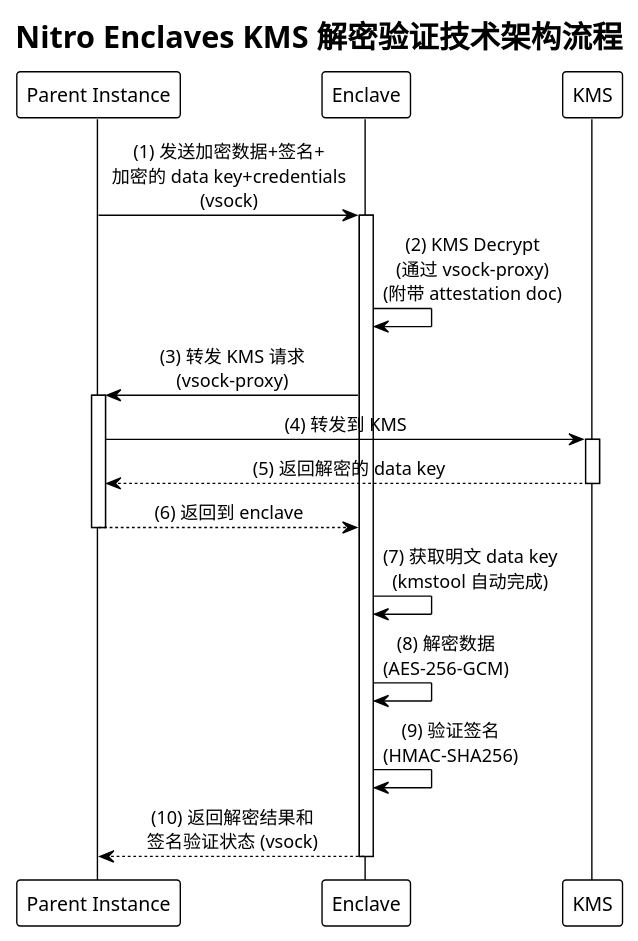
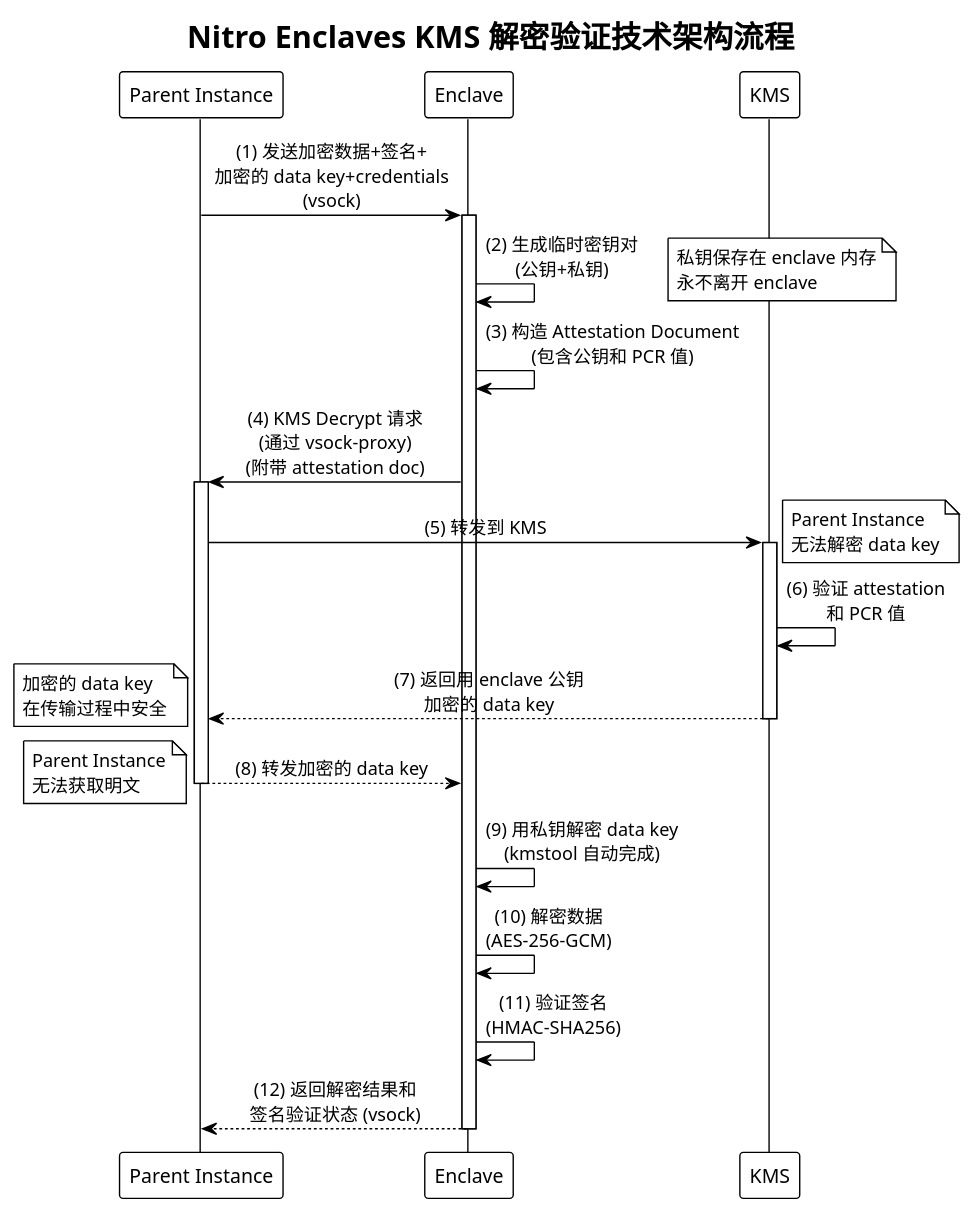
Before and after one commit to yilong016/enclave_demo: the diagram in decrypt-flow.puml, drawn with PlantUML. The commit also changed 3 other files, not shown here.

```diff
--- a/decrypt-flow.puml
+++ b/decrypt-flow.puml
@@ -1,38 +1,47 @@
 @startuml
 !theme plain
 skinparam backgroundColor #FFFFFF
 skinparam sequenceMessageAlign center
 skinparam BoxPadding 10
 
 title Nitro Enclaves KMS 解密验证技术架构流程
 
 participant "Parent Instance" as Parent
 participant "Enclave" as Enclave
 participant "KMS" as KMS
 
 Parent -> Enclave: (1) 发送加密数据+签名+\n加密的 data key+credentials\n(vsock)
 activate Enclave
 
-Enclave -> Enclave: (2) KMS Decrypt\n(通过 vsock-proxy)\n(附带 attestation doc)
-Enclave -> Parent: (3) 转发 KMS 请求\n(vsock-proxy)
+Enclave -> Enclave: (2) 生成临时密钥对\n(公钥+私钥)
+note right: 私钥保存在 enclave 内存\n永不离开 enclave
+
+Enclave -> Enclave: (3) 构造 Attestation Document\n(包含公钥和 PCR 值)
+
+Enclave -> Parent: (4) KMS Decrypt 请求\n(通过 vsock-proxy)\n(附带 attestation doc)
 activate Parent
 
-Parent -> KMS: (4) 转发到 KMS
+Parent -> KMS: (5) 转发到 KMS
 activate KMS
+note right: Parent Instance\n无法解密 data key
 
-KMS --> Parent: (5) 返回解密的 data key
+KMS -> KMS: (6) 验证 attestation\n和 PCR 值
+
+KMS --> Parent: (7) 返回用 enclave 公钥\n加密的 data key
 deactivate KMS
+note left: 加密的 data key\n在传输过程中安全
 
-Parent --> Enclave: (6) 返回到 enclave
+Parent --> Enclave: (8) 转发加密的 data key
 deactivate Parent
+note left: Parent Instance\n无法获取明文
 
-Enclave -> Enclave: (7) 获取明文 data key\n(kmstool 自动完成)
+Enclave -> Enclave: (9) 用私钥解密 data key\n(kmstool 自动完成)
 
-Enclave -> Enclave: (8) 解密数据\n(AES-256-GCM)
+Enclave -> Enclave: (10) 解密数据\n(AES-256-GCM)
 
-Enclave -> Enclave: (9) 验证签名\n(HMAC-SHA256)
+Enclave -> Enclave: (11) 验证签名\n(HMAC-SHA256)
 
-Enclave --> Parent: (10) 返回解密结果和\n签名验证状态 (vsock)
+Enclave --> Parent: (12) 返回解密结果和\n签名验证状态 (vsock)
 deactivate Enclave
 
 @enduml
```
